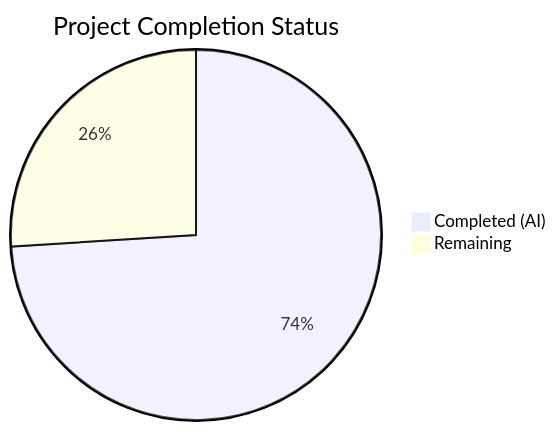
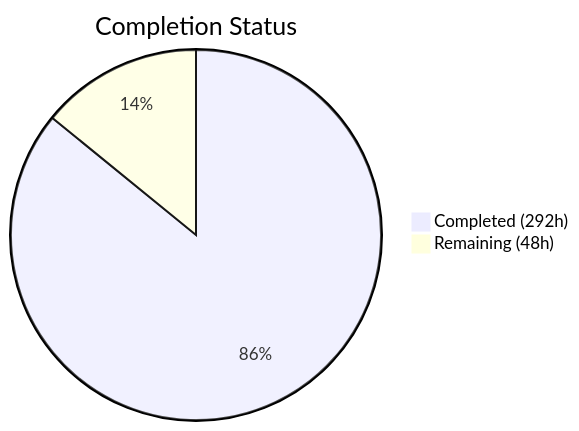
The first of 2 diagrams in blitzy/documentation/Project Guide.md (Blitzy-Sandbox/blitzy-cal), drawn with Mermaid before and after one commit. The commit also changed other lines of this file, not shown here.

Commit message:
Adding Blitzy Project Guide: Project Status and Human Tasks Remaining

````diff
--- a/blitzy/documentation/Project Guide.md
+++ b/blitzy/documentation/Project Guide.md
@@ -13,5 +13,5 @@
 ```mermaid
-pie title Project Completion Status
-    "Completed (AI)" : 148
-    "Remaining" : 52
+pie title Completion Status
+    "Completed (292h)" : 292
+    "Remaining (48h)" : 48
 ```
````
